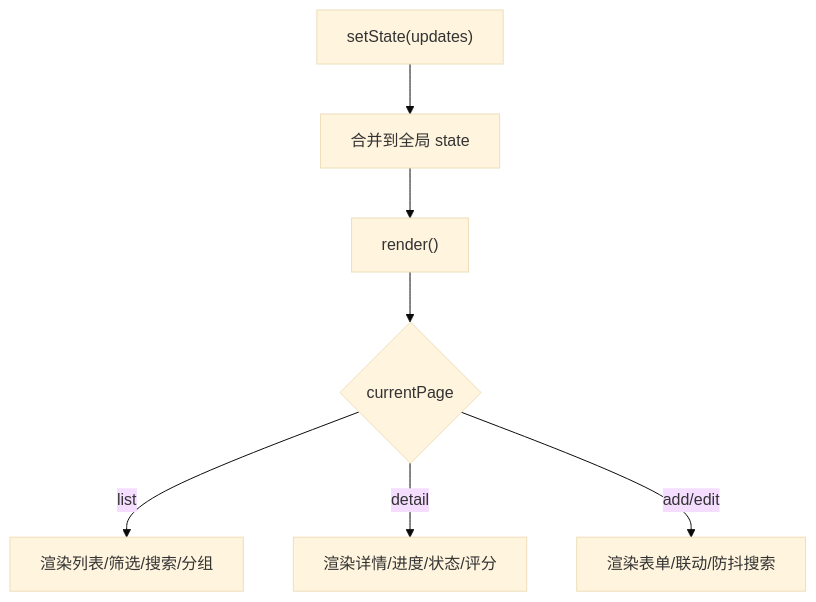
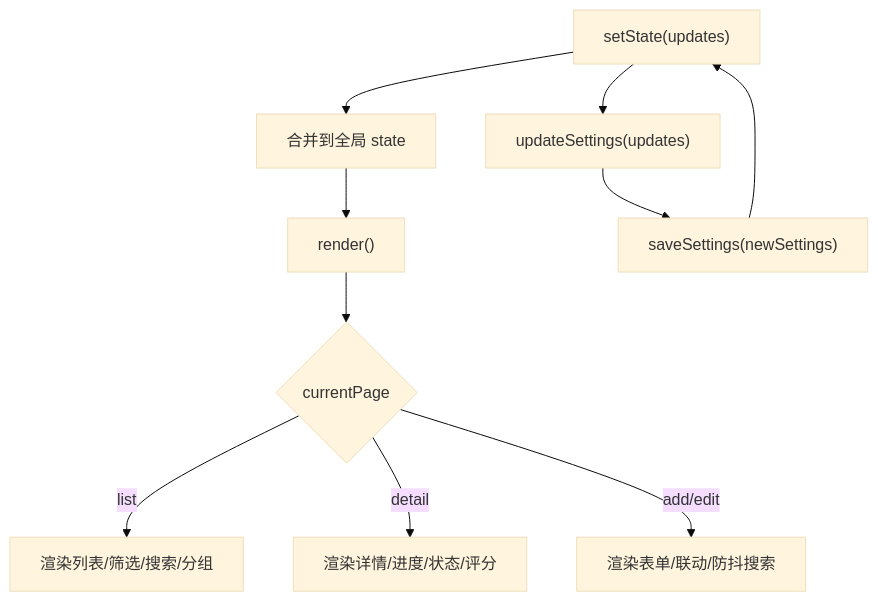
Before and after one commit to KAGUYA284/anima-list: the eighth of 11 diagrams in .qoder/repowiki/zh/content/核心功能模块/核心功能模块.md, drawn with Mermaid (base theme). The commit also changed other lines of this file and 17 other files, not shown here.

````diff
--- a/.qoder/repowiki/zh/content/核心功能模块/核心功能模块.md
+++ b/.qoder/repowiki/zh/content/核心功能模块/核心功能模块.md
@@ -227,9 +324,12 @@
 ```mermaid
 flowchart TD
 S["setState(updates)"] --> U["合并到全局 state"]
 U --> R["render()"]
 R --> P{"currentPage"}
 P --> |list| RL["渲染列表/筛选/搜索/分组"]
 P --> |detail| RD["渲染详情/进度/状态/评分"]
 P --> |add/edit| RF["渲染表单/联动/防抖搜索"]
+S --> W["updateSettings(updates)"]
+W --> SP["saveSettings(newSettings)"]
+SP --> S
 ```
````
